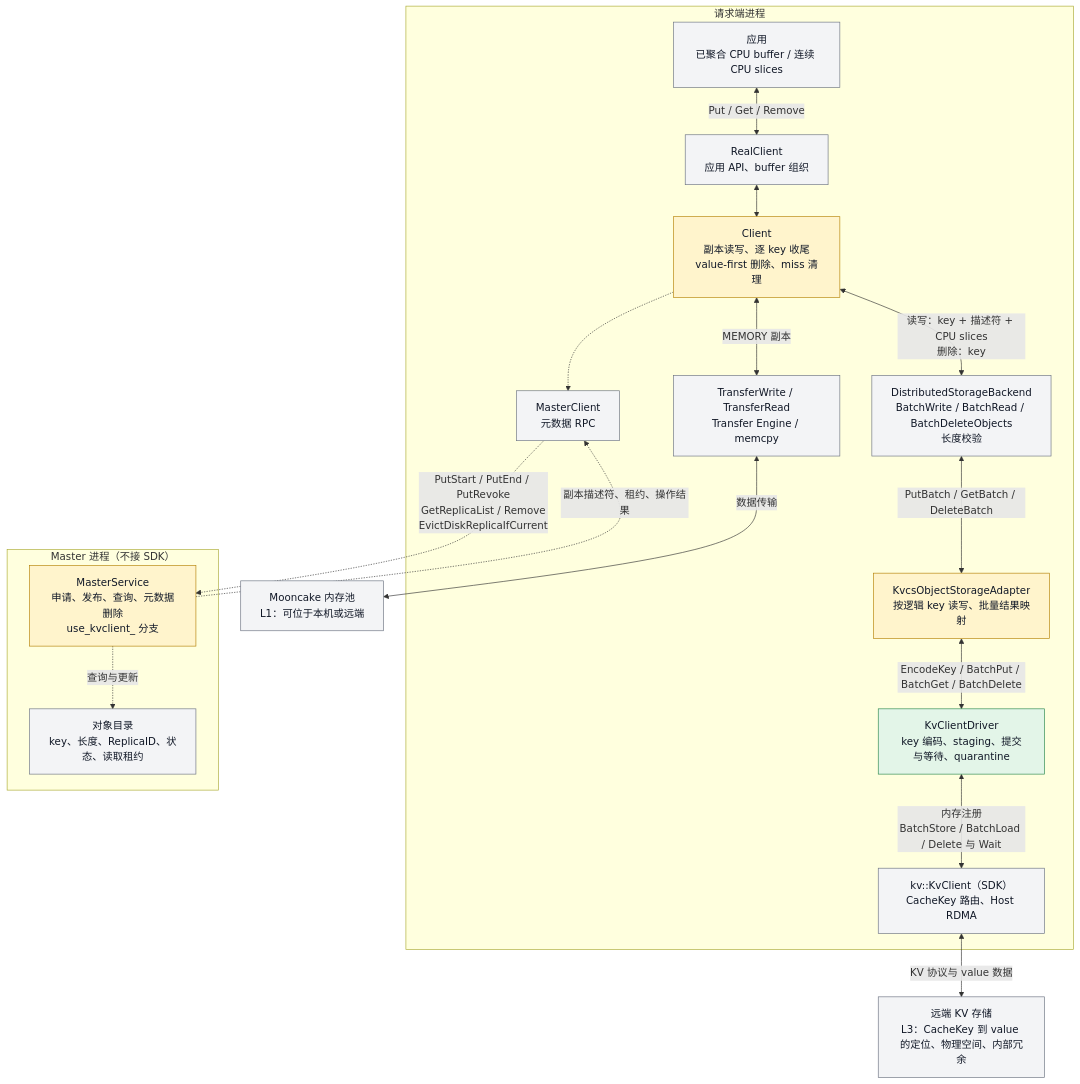
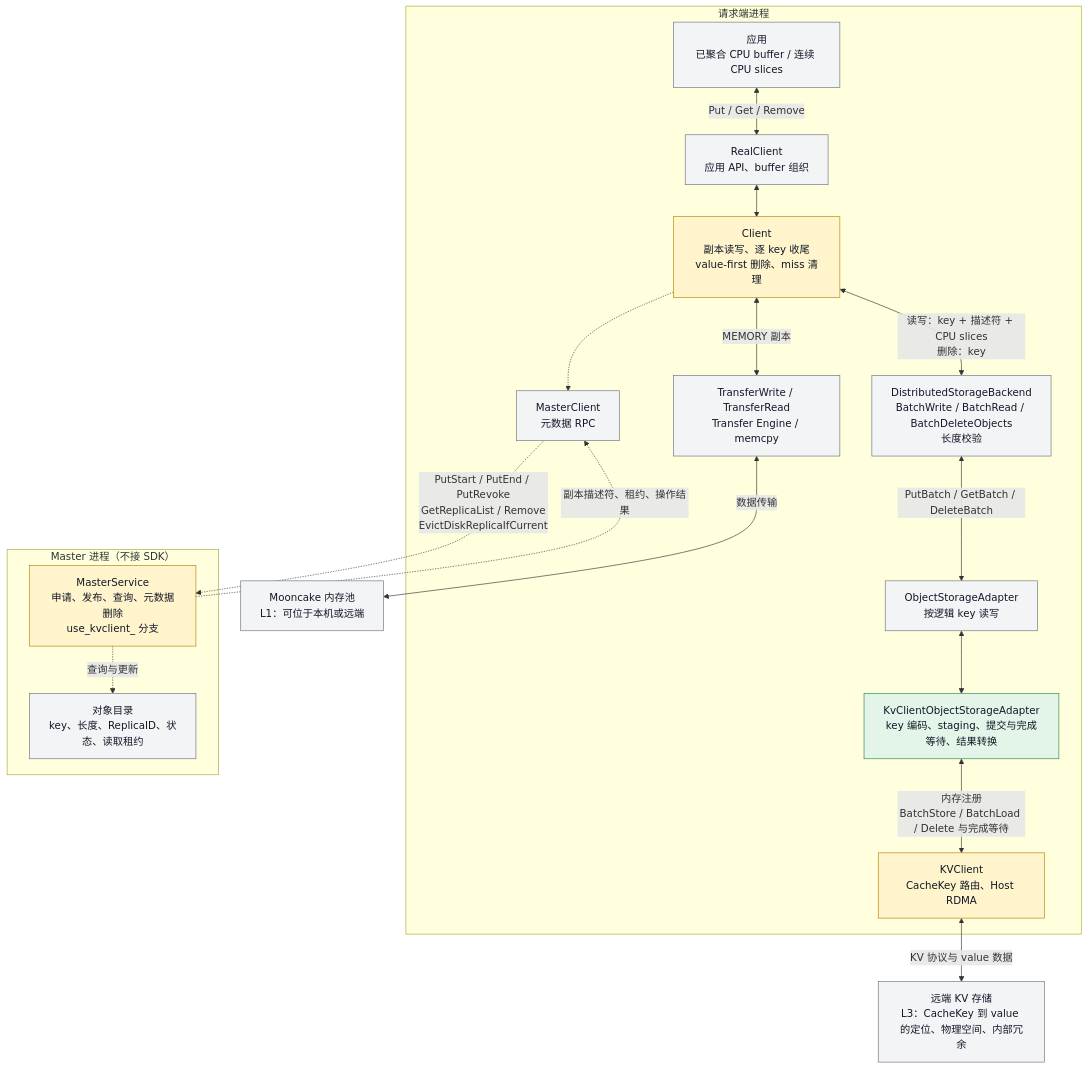
The first of 13 diagrams in Mooncake + KVClient L3 接入（Kvcs）- v3.md (zwj20000328-dotcom/Mooncake-documents), drawn with Mermaid before and after one commit. The commit also changed other lines of this file, not shown here.

Commit message:
modified : Mooncake + KVClient L3 接入（Kvcs）- v3.md

````diff
--- a/Mooncake + KVClient L3 接入（Kvcs）- v3.md
+++ b/Mooncake + KVClient L3 接入（Kvcs）- v3.md
@@ -112,45 +85,45 @@
 ```mermaid
 flowchart TB
     subgraph Request["请求端进程"]
         A["应用<br/>已聚合 CPU buffer / 连续 CPU slices"]
         R["RealClient<br/>应用 API、buffer 组织"]
         C["Client<br/>副本读写、逐 key 收尾<br/>value-first 删除、miss 清理"]
         RPC["MasterClient<br/>元数据 RPC"]
         TE["TransferWrite / TransferRead<br/>Transfer Engine / memcpy"]
         B["DistributedStorageBackend<br/>BatchWrite / BatchRead / BatchDeleteObjects<br/>长度校验"]
-        O["KvcsObjectStorageAdapter<br/>按逻辑 key 读写、批量结果映射"]
-        D["KvClientDriver<br/>key 编码、staging、提交与等待、quarantine"]
-        SDK["kv::KvClient（SDK）<br/>CacheKey 路由、Host RDMA"]
+        O["ObjectStorageAdapter<br/>按逻辑 key 读写"]
+        K["KvClientObjectStorageAdapter<br/>key 编码、staging、提交与完成等待、结果转换"]
+        SDK["KVClient<br/>CacheKey 路由、Host RDMA"]
 
         A <-->|"Put / Get / Remove"| R
         R <--> C
         C -.-> RPC
         C <-->|"MEMORY 副本"| TE
         C <-->|"读写：key + 描述符 + CPU slices<br/>删除：key"| B
         B <-->|"PutBatch / GetBatch / DeleteBatch"| O
-        O <-->|"EncodeKey / BatchPut / BatchGet / BatchDelete"| D
-        D <-->|"内存注册<br/>BatchStore / BatchLoad / Delete 与 Wait"| SDK
+        O <--> K
+        K <-->|"内存注册<br/>BatchStore / BatchLoad / Delete 与完成等待"| SDK
     end
 
     subgraph Master["Master 进程（不接 SDK）"]
         M["MasterService<br/>申请、发布、查询、元数据删除<br/>use_kvclient_ 分支"]
         META["对象目录<br/>key、长度、ReplicaID、状态、读取租约"]
 
         M -.->|"查询与更新"| META
     end
 
     RAM["Mooncake 内存池<br/>L1：可位于本机或远端"]
     S["远端 KV 存储<br/>L3：CacheKey 到 value 的定位、物理空间、内部冗余"]
 
     RPC -.->|"PutStart / PutEnd / PutRevoke<br/>GetReplicaList / Remove<br/>EvictDiskReplicaIfCurrent"| M
     M -.->|"副本描述符、租约、操作结果"| RPC
     TE <-->|"数据传输"| RAM
     SDK <-->|"KV 协议与 value 数据"| S
 
     classDef existing fill:#f3f4f6,stroke:#6b7280,color:#111827;
     classDef changed fill:#fff4cc,stroke:#b58105,color:#111827;
     classDef added fill:#e3f5e8,stroke:#28864b,color:#111827;
-    class A,R,RPC,TE,B,META,RAM,S,SDK existing;
-    class C,O,M changed;
-    class D added;
+    class A,R,RPC,TE,B,O,META,RAM,S existing;
+    class C,SDK,M changed;
+    class K added;
 ```
````
